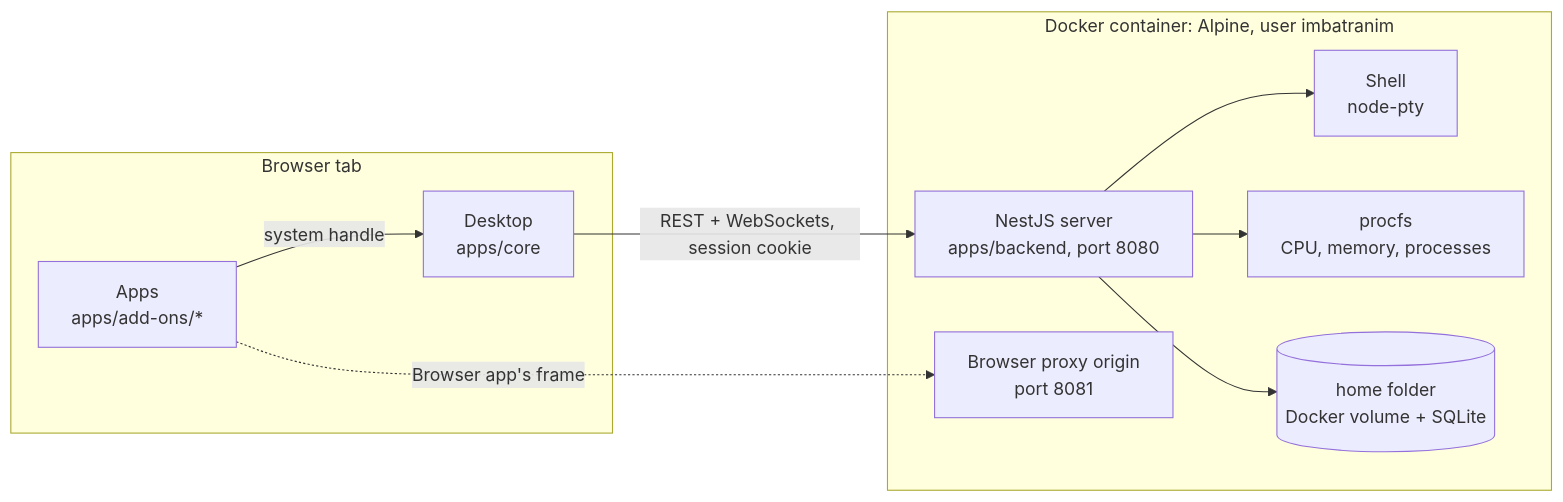
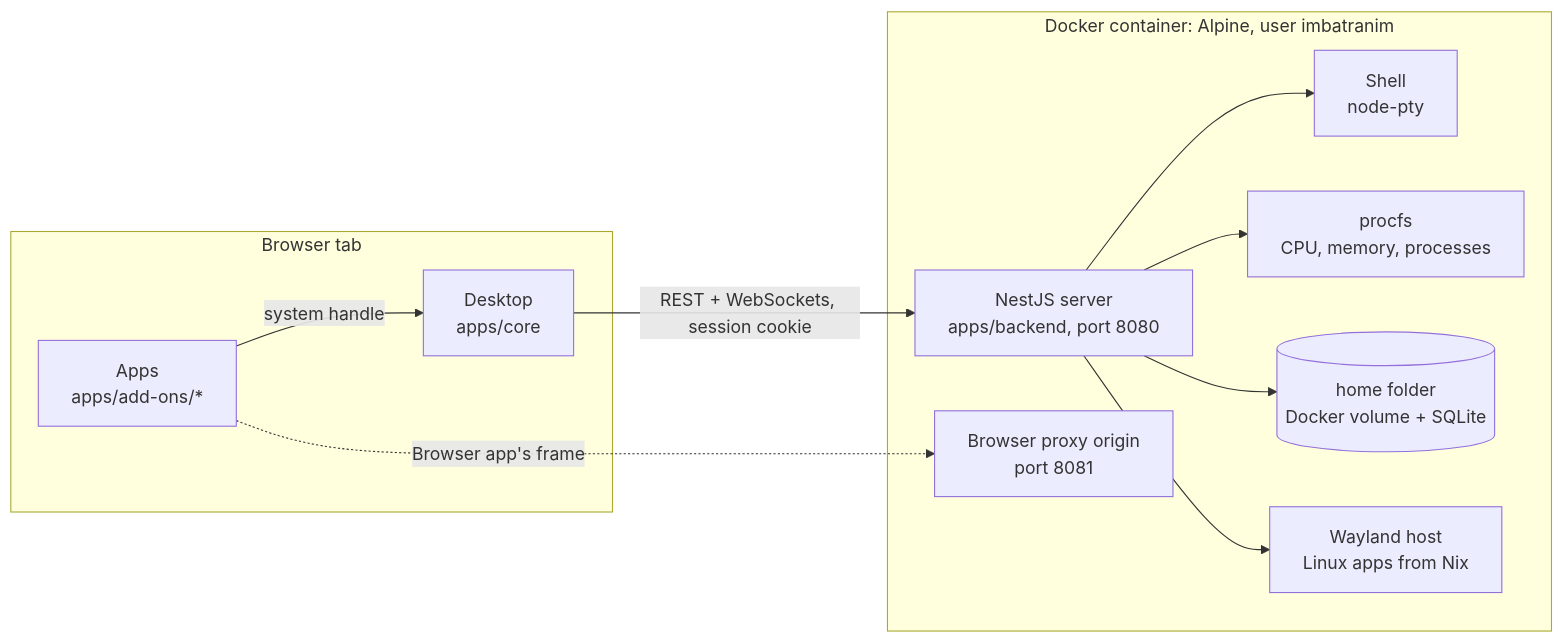
One commit to gandolh/ImbatranimOS changed the diagram in docs/architecture.md. Above: the diagram before and after it, drawn with Mermaid. The commit also changed other lines of this file and 14 other files, not shown here.

````diff
--- a/docs/architecture.md
+++ b/docs/architecture.md
@@ -5,20 +5,22 @@
 ```mermaid
 flowchart LR
   subgraph tab["Browser tab"]
     desktop["Desktop<br/>apps/core"]
     addons["Apps<br/>apps/add-ons/*"]
     addons -- system handle --> desktop
   end
   subgraph box["Docker container: Alpine, user imbatranim"]
     nest["NestJS server<br/>apps/backend, port 8080"]
     pty["Shell<br/>node-pty"]
     proc["procfs<br/>CPU, memory, processes"]
     home[("home folder<br/>Docker volume + SQLite")]
     proxy["Browser proxy origin<br/>port 8081"]
+    wl["Wayland host<br/>Linux apps from Nix"]
     nest --> pty
+    nest --> wl
     nest --> proc
     nest --> home
   end
   desktop -- "REST + WebSockets, session cookie" --> nest
   addons -. "Browser app's frame" .-> proxy
 ```
````
